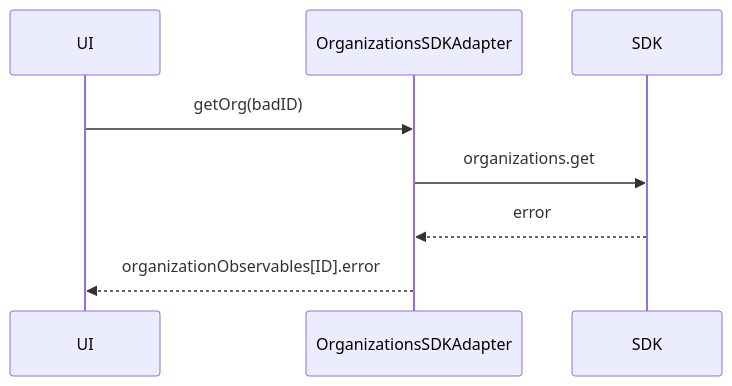
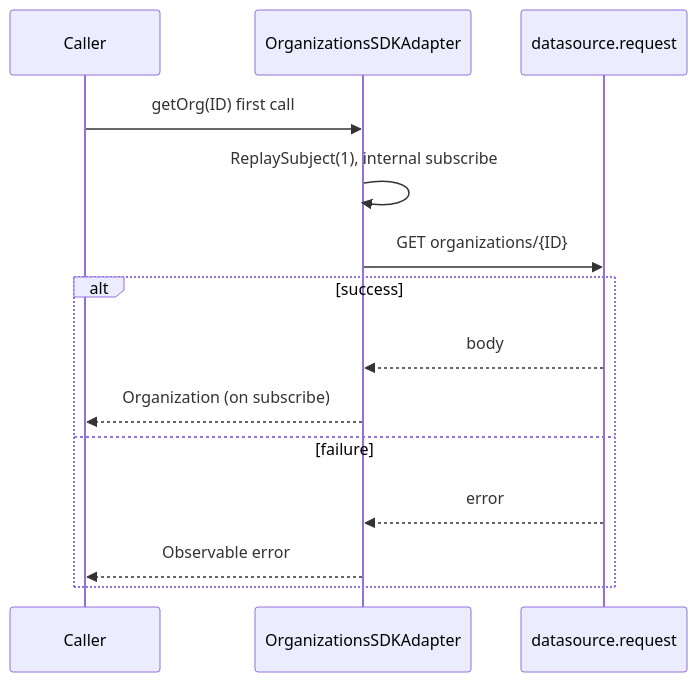
Before and after one commit to webex/sdk-component-adapter: the second of 3 diagrams in src/ai-docs/organizations-sdk-adapter-spec.md, drawn with Mermaid. The commit also changed other lines of this file and 17 other files, not shown here.

````diff
--- a/src/ai-docs/organizations-sdk-adapter-spec.md
+++ b/src/ai-docs/organizations-sdk-adapter-spec.md
@@ -91,11 +110,17 @@
 ```mermaid
 sequenceDiagram
-  participant UI
+  participant Caller
   participant Adapter as OrganizationsSDKAdapter
-  participant SDK
+  participant Hydra as datasource.request
 
-  UI->>Adapter: getOrg(badID)
-  Adapter->>SDK: organizations.get
-  SDK-->>Adapter: error
-  Adapter-->>UI: organizationObservables[ID].error
+  Caller->>Adapter: getOrg(ID) first call
+  Adapter->>Adapter: ReplaySubject(1), internal subscribe
+  Adapter->>Hydra: GET organizations/{ID}
+  alt success
+    Hydra-->>Adapter: body
+    Adapter-->>Caller: Organization (on subscribe)
+  else failure
+    Hydra-->>Adapter: error
+    Adapter-->>Caller: Observable error
+  end
 ```
````
